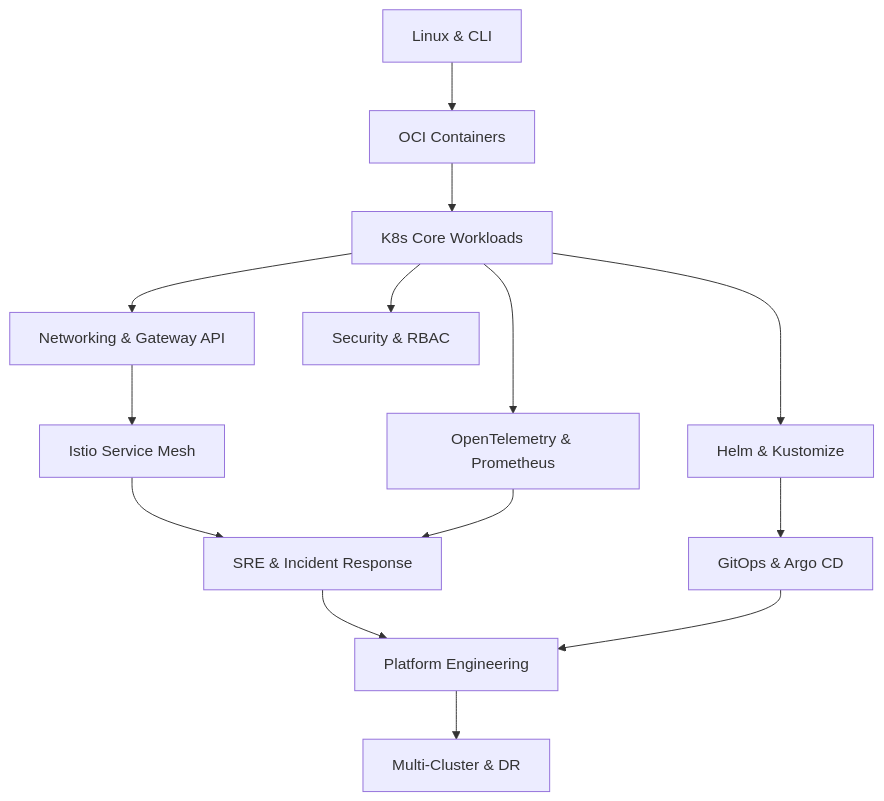
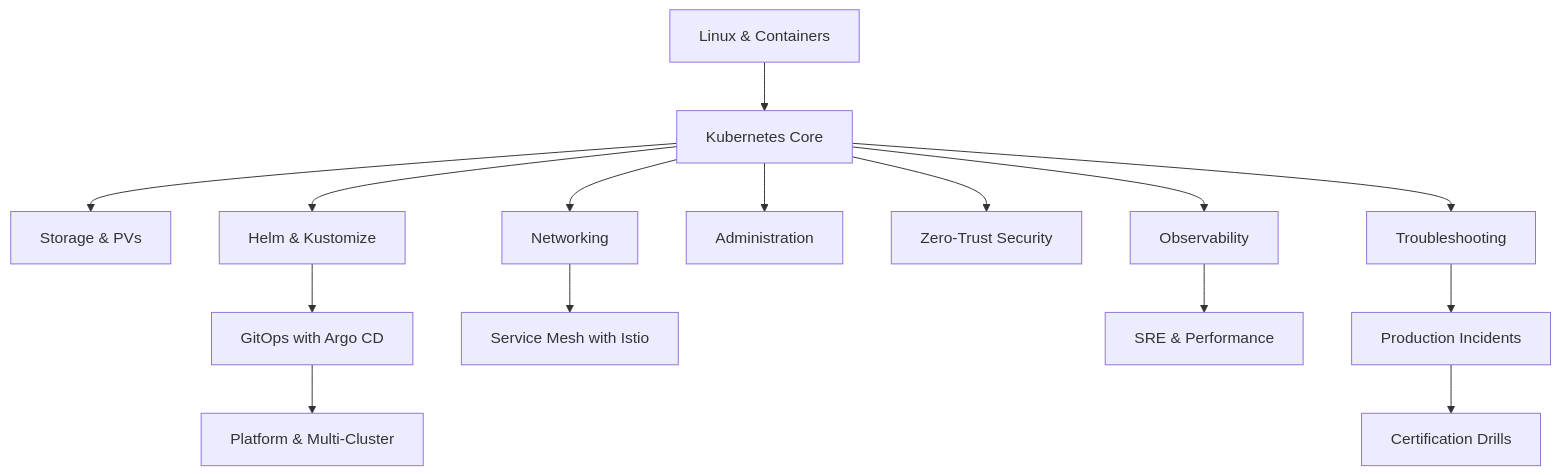
The diagram in docs/CURRICULUM.md (dayashimoga/kubelab), drawn with Mermaid before and after one commit. The commit also changed other lines of this file and 56 other files, not shown here.

Commit message:
feat(core): complete zero-trust 24-gate production gap closure and runtime certification

````diff
--- a/docs/CURRICULUM.md
+++ b/docs/CURRICULUM.md
@@ -24,16 +27,17 @@
 ```mermaid
 graph TD
-    LINUX["Linux & CLI"] --> CONTAINERS["OCI Containers"]
-    CONTAINERS --> K8S["K8s Core Workloads"]
-    K8S --> NETWORK["Networking & Gateway API"]
-    K8S --> SECURITY["Security & RBAC"]
+    LINUX["Linux & Containers"] --> K8S["Kubernetes Core"]
+    K8S --> STORAGE["Storage & PVs"]
+    K8S --> NETWORK["Networking"]
     K8S --> HELM["Helm & Kustomize"]
-    K8S --> OBSERVABILITY["OpenTelemetry & Prometheus"]
-    HELM --> GITOPS["GitOps & Argo CD"]
-    NETWORK --> MESH["Istio Service Mesh"]
-    MESH --> SRE["SRE & Incident Response"]
-    OBSERVABILITY --> SRE
-    SRE --> PLATFORM["Platform Engineering"]
-    GITOPS --> PLATFORM
-    PLATFORM --> MULTICLUSTER["Multi-Cluster & DR"]
+    K8S --> ADMIN["Administration"]
+    K8S --> SECURITY["Zero-Trust Security"]
+    HELM --> GITOPS["GitOps with Argo CD"]
+    NETWORK --> MESH["Service Mesh with Istio"]
+    K8S --> OBS["Observability"]
+    K8S --> TROUBLE["Troubleshooting"]
+    OBS --> SRE["SRE & Performance"]
+    GITOPS --> PLATFORM["Platform & Multi-Cluster"]
+    TROUBLE --> INCIDENTS["Production Incidents"]
+    INCIDENTS --> CERT["Certification Drills"]
 ```
````
